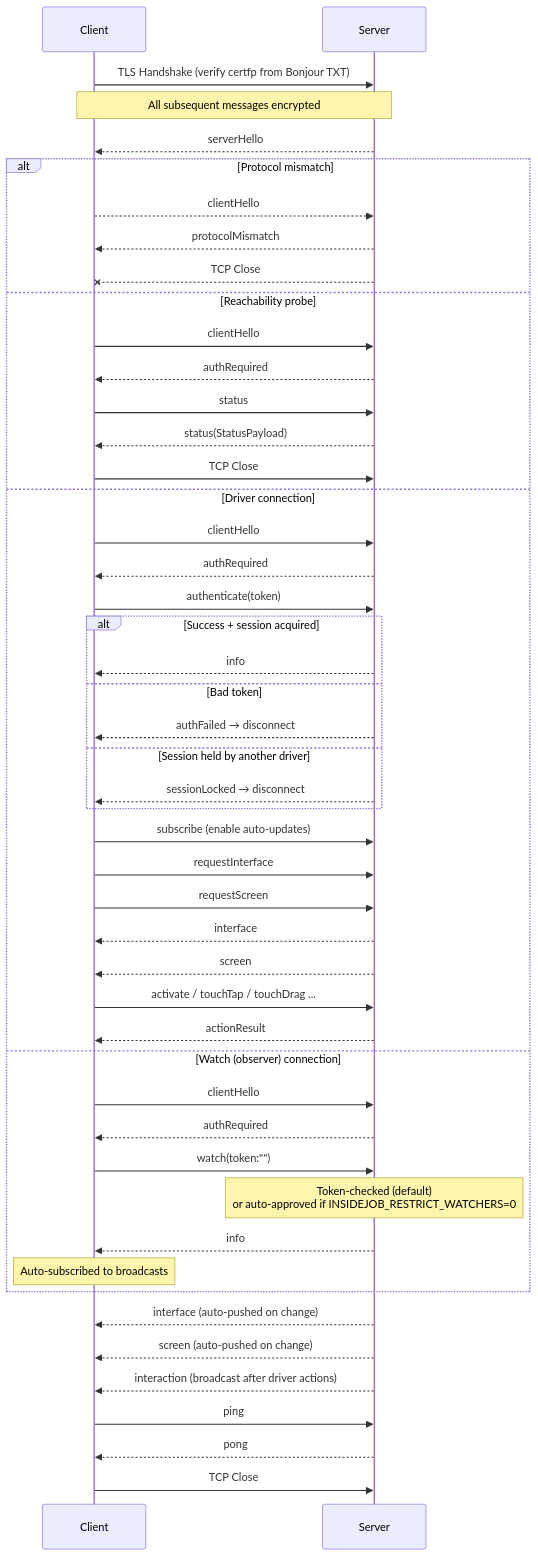
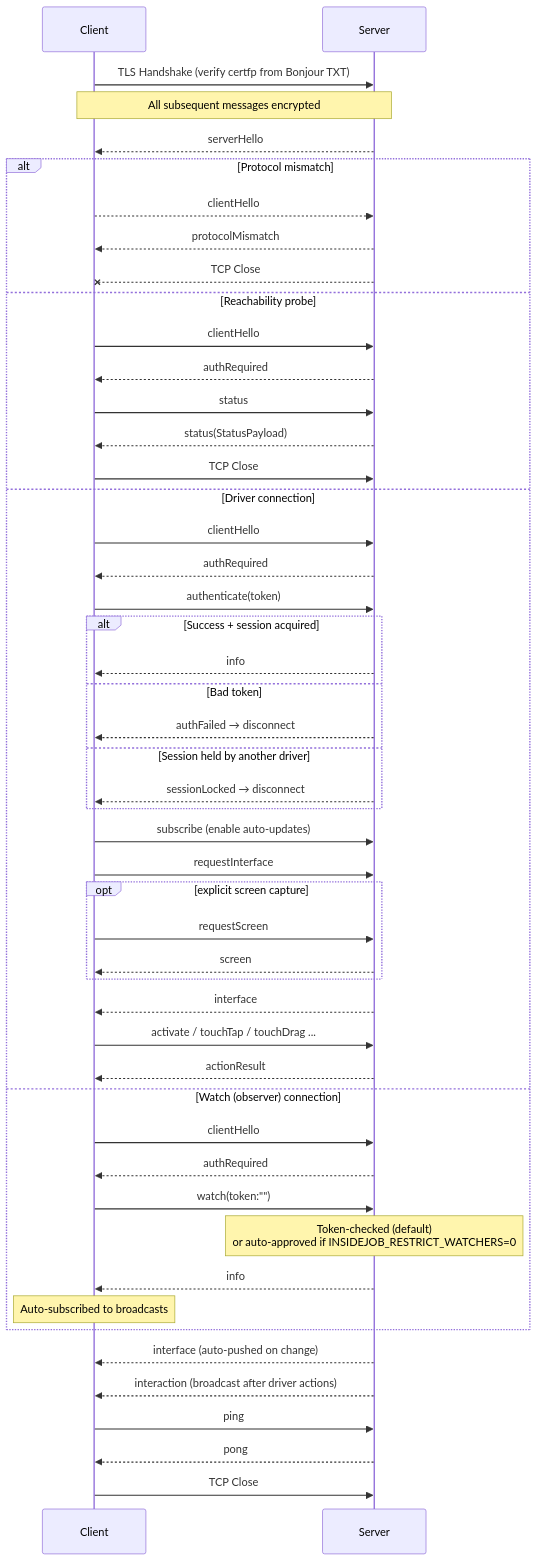
The first of 5 diagrams in docs/WIRE-PROTOCOL.md (RoyalPineapple/TheButtonHeist), drawn with Mermaid before and after one commit. The commit also changed other lines of this file and 18 other files, not shown here.

````diff
--- a/docs/WIRE-PROTOCOL.md
+++ b/docs/WIRE-PROTOCOL.md
@@ -45,58 +45,59 @@
 ```mermaid
 sequenceDiagram
     participant Client
     participant Server
 
     Client->>Server: TLS Handshake (verify certfp from Bonjour TXT)
     Note over Client,Server: All subsequent messages encrypted
     Server-->>Client: serverHello
 
     alt Protocol mismatch
         Client-->>Server: clientHello
         Server-->>Client: protocolMismatch
         Server--xClient: TCP Close
     else Reachability probe
         Client->>Server: clientHello
         Server-->>Client: authRequired
         Client->>Server: status
         Server-->>Client: status(StatusPayload)
         Client->>Server: TCP Close
     else Driver connection
         Client->>Server: clientHello
         Server-->>Client: authRequired
         Client->>Server: authenticate(token)
 
         alt Success + session acquired
             Server-->>Client: info
         else Bad token
             Server-->>Client: authFailed → disconnect
         else Session held by another driver
             Server-->>Client: sessionLocked → disconnect
         end
 
         Client->>Server: subscribe (enable auto-updates)
         Client->>Server: requestInterface
-        Client->>Server: requestScreen
+        opt explicit screen capture
+            Client->>Server: requestScreen
+            Server-->>Client: screen
+        end
         Server-->>Client: interface
-        Server-->>Client: screen
 
         Client->>Server: activate / touchTap / touchDrag ...
         Server-->>Client: actionResult
     else Watch (observer) connection
         Client->>Server: clientHello
         Server-->>Client: authRequired
         Client->>Server: watch(token:"")
         Note over Server: Token-checked (default)<br>or auto-approved if INSIDEJOB_RESTRICT_WATCHERS=0
         Server-->>Client: info
         Note over Client: Auto-subscribed to broadcasts
     end
 
     Server-->>Client: interface (auto-pushed on change)
-    Server-->>Client: screen (auto-pushed on change)
     Server-->>Client: interaction (broadcast after driver actions)
 
     Client->>Server: ping
     Server-->>Client: pong
 
     Client->>Server: TCP Close
 ```
````
